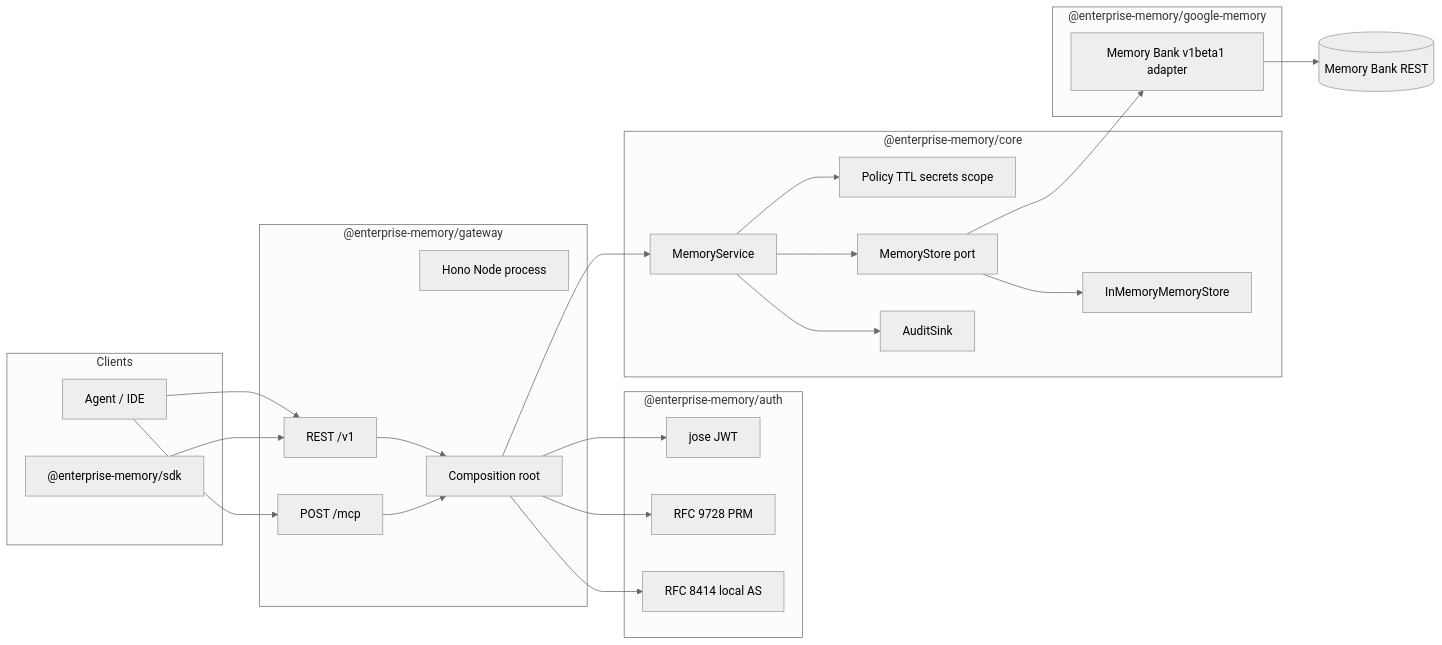
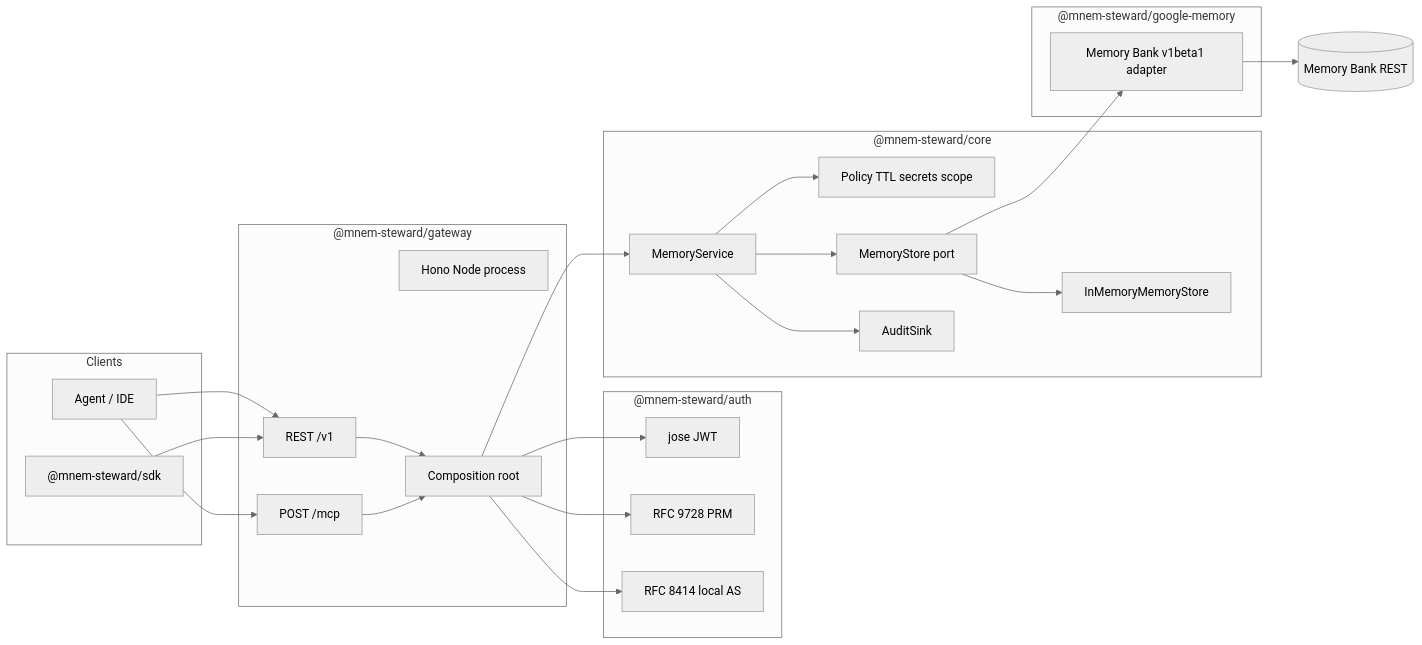
Before and after one commit to yu-iskw/mnem-steward: the first of 2 diagrams in docs/rfc/0001-enterprise-agent-memory-platform.md, drawn with Mermaid (neutral theme). The commit also changed other lines of this file and 35 other files, not shown here.

First line of the commit message:
chore(workspace): rename packages to mnem-steward

````diff
--- a/docs/rfc/0001-enterprise-agent-memory-platform.md
+++ b/docs/rfc/0001-enterprise-agent-memory-platform.md
@@ -45,44 +45,44 @@
 ```mermaid
 flowchart LR
   subgraph clients [Clients]
     Agent[Agent / IDE]
-    SDK["@enterprise-memory/sdk"]
+    SDK["@mnem-steward/sdk"]
   end
-  subgraph gatewayPkg ["@enterprise-memory/gateway"]
+  subgraph gatewayPkg ["@mnem-steward/gateway"]
     Hono[Hono Node process]
     REST[REST /v1]
     MCP["POST /mcp"]
     Comp[Composition root]
   end
-  subgraph authPkg ["@enterprise-memory/auth"]
+  subgraph authPkg ["@mnem-steward/auth"]
     JWT[jose JWT]
     PRM[RFC 9728 PRM]
     AS[RFC 8414 local AS]
   end
-  subgraph corePkg ["@enterprise-memory/core"]
+  subgraph corePkg ["@mnem-steward/core"]
     Svc[MemoryService]
     Pol[Policy TTL secrets scope]
     Port[MemoryStore port]
     Mem[InMemoryMemoryStore]
     Audit[AuditSink]
   end
-  subgraph googlePkg ["@enterprise-memory/google-memory"]
+  subgraph googlePkg ["@mnem-steward/google-memory"]
     Adapt[Memory Bank v1beta1 adapter]
   end
   MB[(Memory Bank REST)]
   Agent --> REST
   Agent --> MCP
   SDK --> REST
   REST --> Comp
   MCP --> Comp
   Comp --> JWT
   Comp --> Svc
   Svc --> Pol
   Svc --> Port
   Svc --> Audit
   Port --> Mem
   Port --> Adapt
   Adapt --> MB
   Comp --> PRM
   Comp --> AS
 ```
````
